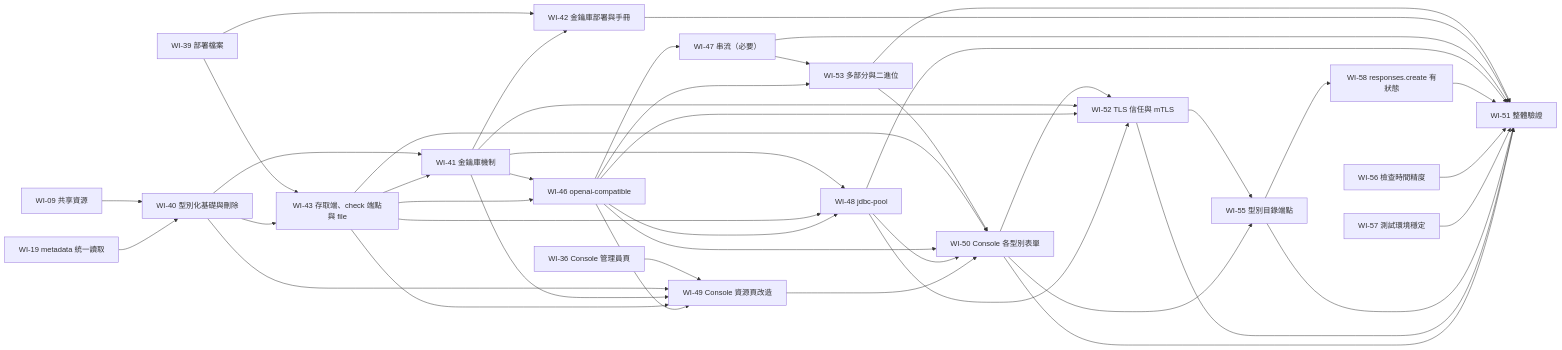
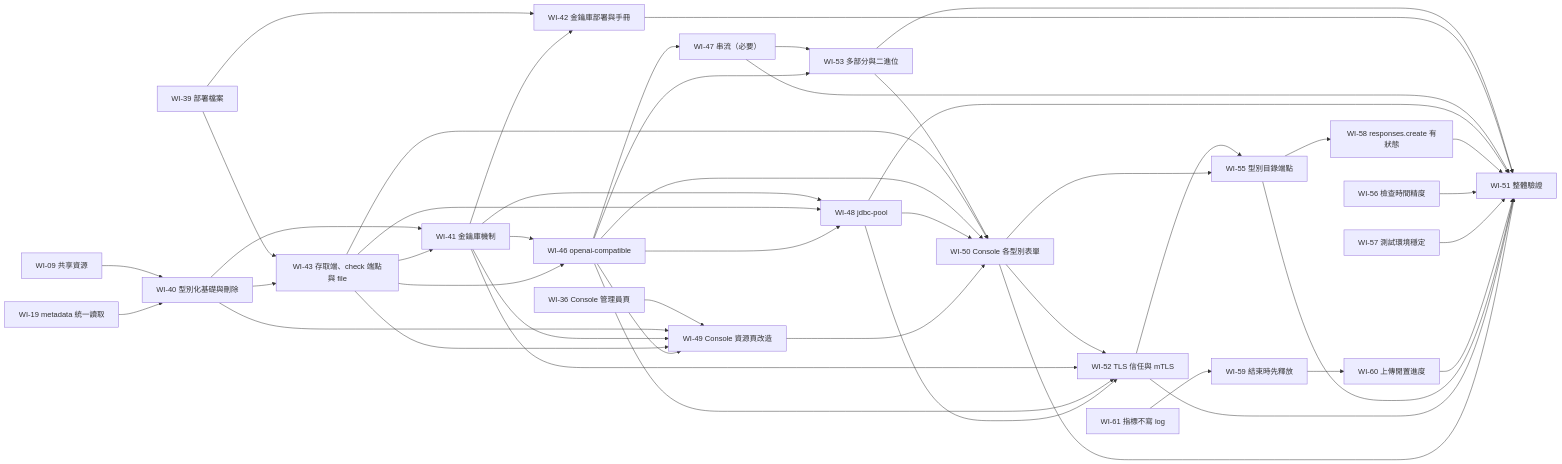
Before and after one commit to lanyitin/runline: the diagram in docs/stable/pipeline-engine/work-items/README.md, drawn with Mermaid. The commit also changed other lines of this file and 7 other files, not shown here.

````diff
--- a/docs/stable/pipeline-engine/work-items/README.md
+++ b/docs/stable/pipeline-engine/work-items/README.md
@@ -79,46 +82,49 @@
 ```mermaid
 flowchart LR
   WI09[WI-09 共享資源] --> WI40[WI-40 型別化基礎與刪除]
   WI19[WI-19 metadata 統一讀取] --> WI40
   WI39[WI-39 部署檔案] --> WI43[WI-43 存取端、check 端點與 file]
   WI40 --> WI43
   WI40 --> WI41
   WI43 --> WI41[WI-41 金鑰庫機制]
   WI39 --> WI42[WI-42 金鑰庫部署與手冊]
   WI41 --> WI42
   WI41 --> WI46[WI-46 openai-compatible]
   WI43 --> WI46
   WI46 --> WI47[WI-47 串流（必要）]
   WI47 --> WI53[WI-53 多部分與二進位]
   WI46 --> WI53
   WI53 --> WI50
   WI53 --> WI51
   WI41 --> WI48[WI-48 jdbc-pool]
   WI43 --> WI48
   WI46 --> WI48
   WI36[WI-36 Console 管理員頁] --> WI49[WI-49 Console 資源頁改造]
   WI40 --> WI49
   WI41 --> WI49
   WI43 --> WI49
   WI46 --> WI49
   WI43 --> WI50[WI-50 Console 各型別表單]
   WI46 --> WI50
   WI48 --> WI50
   WI49 --> WI50
   WI42 --> WI51[WI-51 整體驗證]
   WI47 --> WI51
   WI48 --> WI51
   WI50 --> WI52[WI-52 TLS 信任與 mTLS]
   WI41 --> WI52
   WI46 --> WI52
   WI48 --> WI52
   WI52 --> WI55[WI-55 型別目錄端點]
   WI50 --> WI55
   WI55 --> WI58[WI-58 responses.create 有狀態]
   WI58 --> WI51
   WI56[WI-56 檢查時間精度] --> WI51
   WI57[WI-57 測試環境穩定] --> WI51
+  WI61[WI-61 指標不寫 log] --> WI59[WI-59 結束時先釋放]
+  WI59 --> WI60[WI-60 上傳閒置進度]
+  WI60 --> WI51
   WI55 --> WI51
   WI52 --> WI51
   WI50 --> WI51
 ```
````
